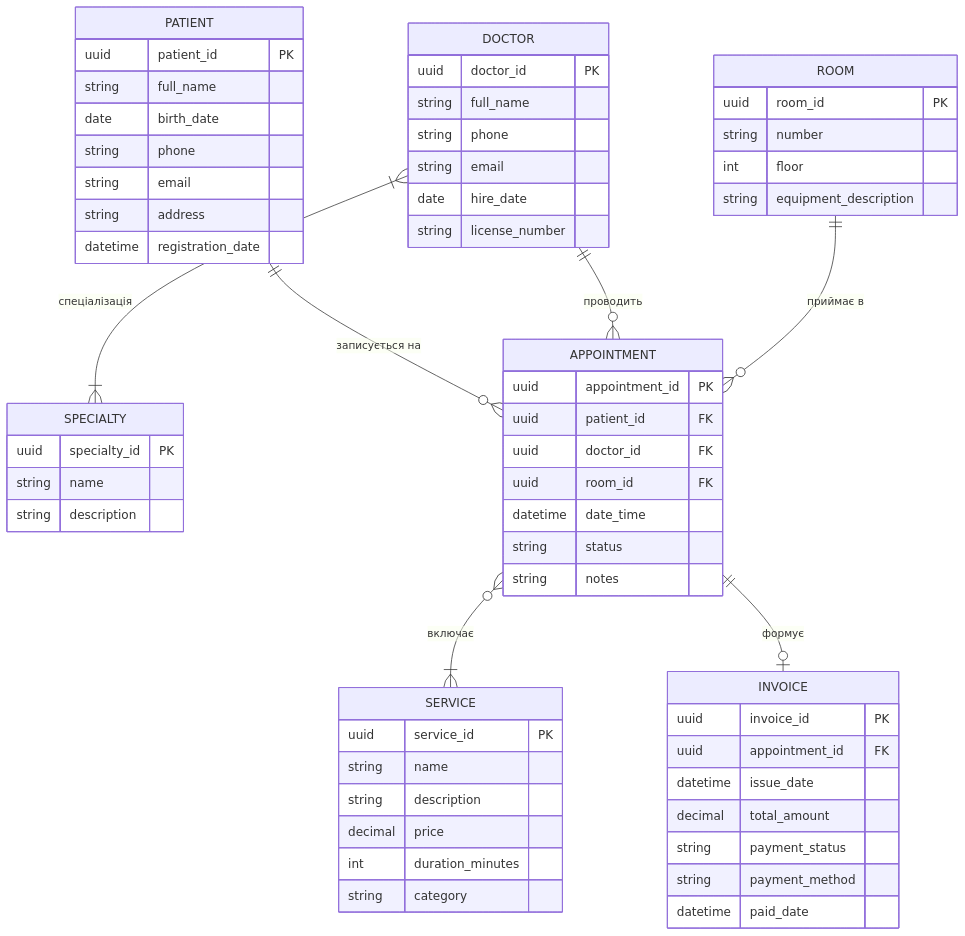
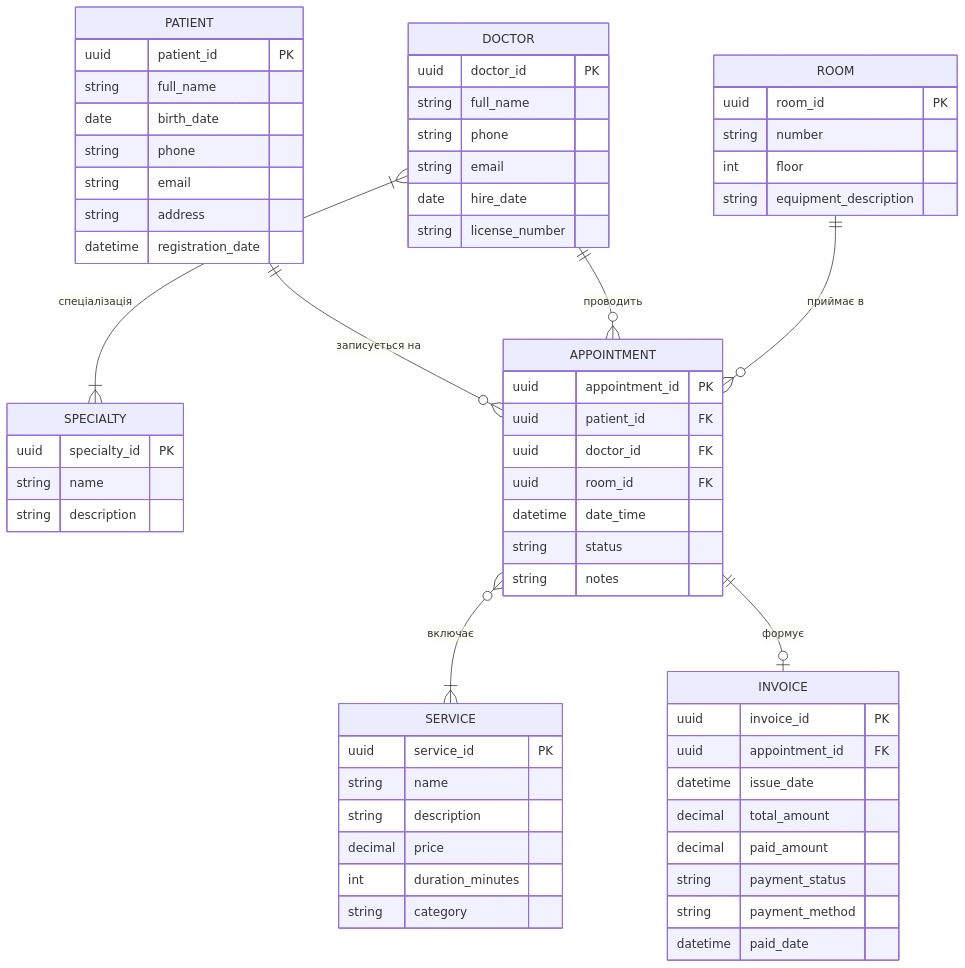
Before and after one commit to dvsqwx/KPI: the diagram in er-diagram.mmd, drawn with Mermaid.

Commit message:
Add 'paid_amount' to INVOICE in ER diagram
виправив неточнiсть вiд II. Додовы 'paid_amount', суть в тому, що коли пацієнт сплатив частково, то система не фiксуєс уму, i виходить що не бачить борг клiєнта.

```diff
--- a/er-diagram.mmd
+++ b/er-diagram.mmd
@@ -1,68 +1,69 @@
 erDiagram
     PATIENT {
         uuid patient_id PK
         string full_name
         date birth_date
         string phone
         string email
         string address
         datetime registration_date
     }
 
     DOCTOR {
         uuid doctor_id PK
         string full_name
         string phone
         string email
         date hire_date
         string license_number
     }
 
     SPECIALTY {
         uuid specialty_id PK
         string name
         string description
     }
 
     ROOM {
         uuid room_id PK
         string number
         int floor
         string equipment_description
     }
 
     SERVICE {
         uuid service_id PK
         string name
         string description
         decimal price
         int duration_minutes
         string category
     }
 
     APPOINTMENT {
         uuid appointment_id PK
         uuid patient_id FK
         uuid doctor_id FK
         uuid room_id FK
         datetime date_time
         string status
         string notes
     }
 
-    INVOICE {
+INVOICE {
         uuid invoice_id PK
         uuid appointment_id FK
         datetime issue_date
         decimal total_amount
+        decimal paid_amount
         string payment_status
         string payment_method
         datetime paid_date
-    }
+}
 
     DOCTOR }|--|{ SPECIALTY      : "спеціалізація"
     PATIENT   ||--o{ APPOINTMENT : "записується на"
     DOCTOR    ||--o{ APPOINTMENT : "проводить"
     ROOM      ||--o{ APPOINTMENT : "приймає в"
     APPOINTMENT }o--|{ SERVICE   : "включає"
     APPOINTMENT ||--o| INVOICE   : "формує"
```
